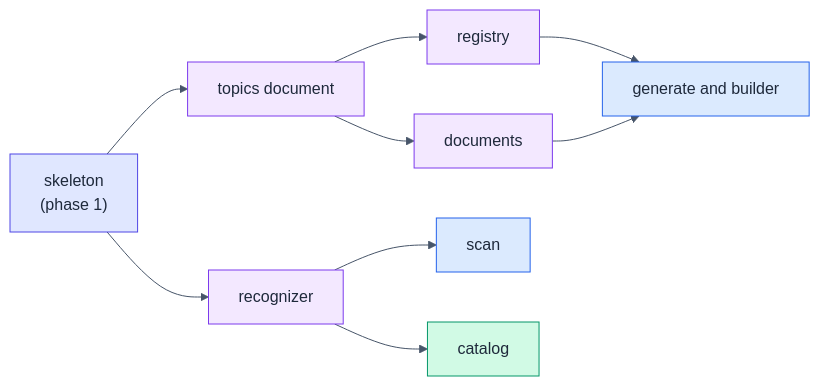
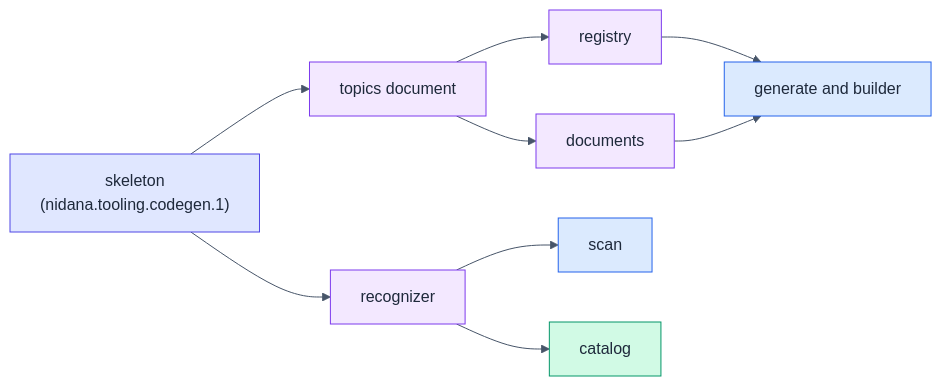
One commit to Samsara-Stream/nidana-bus-dart changed the first of 2 diagrams in hsdd/spec/nidana.tooling.codegen.md. Above: the diagram before and after it, drawn with Mermaid. The commit also changed other lines of this file, not shown here.

Commit message:
hsdd: S52 nidana.tooling.codegen touch (Development flow, carried items, D1, D2)

````diff
--- a/hsdd/spec/nidana.tooling.codegen.md
+++ b/hsdd/spec/nidana.tooling.codegen.md
@@ -66,30 +66,30 @@
 ```mermaid
 %%{init:{'theme':'base','themeVariables':{'primaryTextColor':'#1e293b','lineColor':'#475569','edgeLabelBackground':'#ffffff','tertiaryTextColor':'#1e293b'}}}%%
 flowchart LR
-    skeleton["skeleton<br/>(phase 1)"]
+    skeleton["skeleton<br/>(nidana.tooling.codegen.1)"]
     document["topics document"]
     registry["registry"]
     documents["documents"]
     generate["generate and builder"]
     recognizer["recognizer"]
     scan["scan"]
     catalog["catalog"]
 
     skeleton --> document
     document --> registry
     document --> documents
     registry --> generate
     documents --> generate
     skeleton --> recognizer
     recognizer --> scan
     recognizer --> catalog
 
     style skeleton fill:#e0e7ff,stroke:#4f46e5,color:#1e293b
     style document fill:#f3e8ff,stroke:#7c3aed,color:#1e293b
     style registry fill:#f3e8ff,stroke:#7c3aed,color:#1e293b
     style documents fill:#f3e8ff,stroke:#7c3aed,color:#1e293b
     style generate fill:#dbeafe,stroke:#2563eb,color:#1e293b
     style recognizer fill:#f3e8ff,stroke:#7c3aed,color:#1e293b
     style scan fill:#dbeafe,stroke:#2563eb,color:#1e293b
     style catalog fill:#d1fae5,stroke:#059669,color:#1e293b
 ```
````
